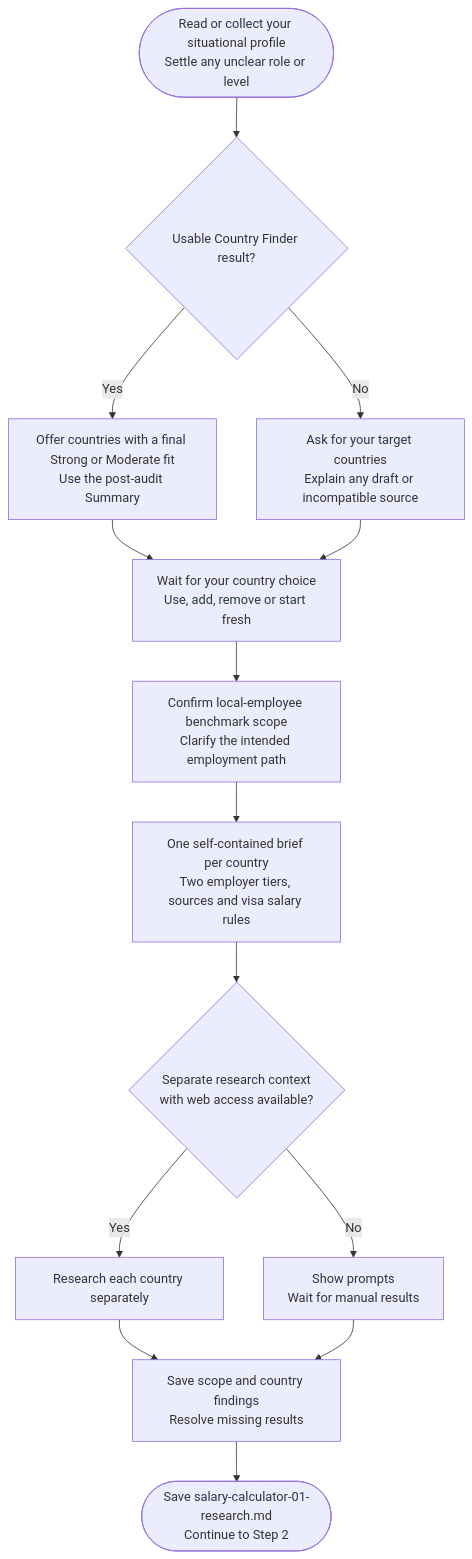
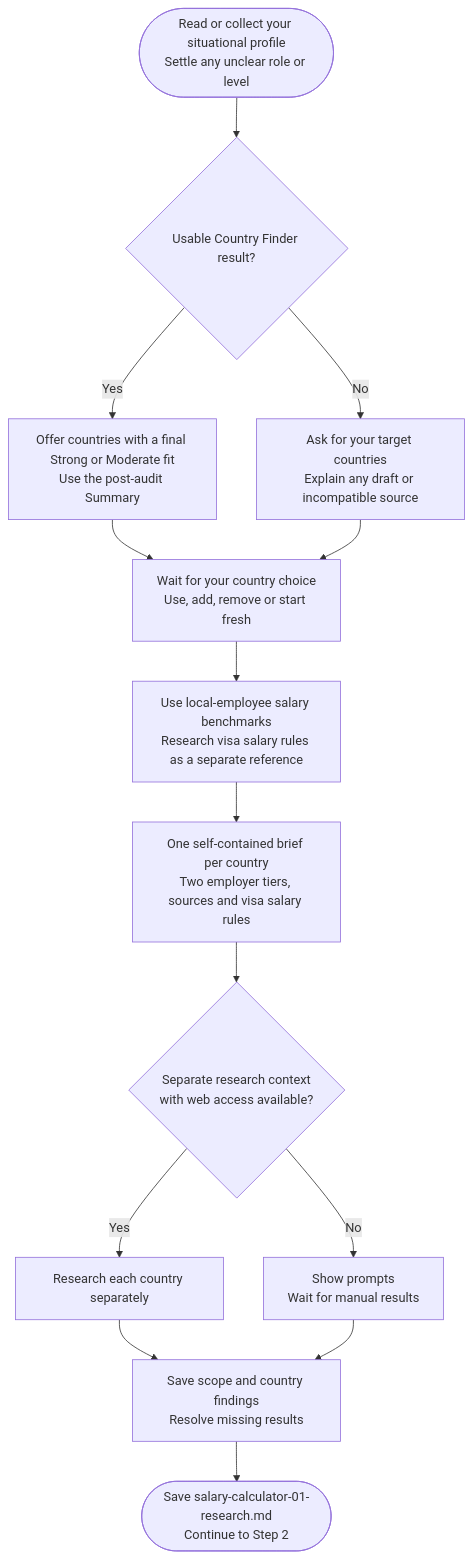
The diagram in docs/commands/salary-calculator/step1-research-prompt-generator.md (myowinthein/agent-compass), drawn with Mermaid before and after one commit. The commit also changed other lines of this file and 5 other files, not shown here.

Commit message:
fix(salary-calculator): remove employment-path scope question

````diff
--- a/docs/commands/salary-calculator/step1-research-prompt-generator.md
+++ b/docs/commands/salary-calculator/step1-research-prompt-generator.md
@@ -14,16 +14,16 @@
 ```mermaid
 flowchart TD
   Start(["Read or collect your situational profile<br/>Settle any unclear role or level"]) --> CF{"Usable Country Finder result?"}
   CF -->|Yes| Offer["Offer countries with a final Strong or Moderate fit<br/>Use the post-audit Summary"]
   CF -->|No| ManualList["Ask for your target countries<br/>Explain any draft or incompatible source"]
   Offer --> Confirm["Wait for your country choice<br/>Use, add, remove or start fresh"]
   ManualList --> Confirm
-  Confirm --> Scope["Confirm local-employee benchmark scope<br/>Clarify the intended employment path"]
+  Confirm --> Scope["Use local-employee salary benchmarks<br/>Research visa salary rules as a separate reference"]
   Scope --> Brief["One self-contained brief per country<br/>Two employer tiers, sources and visa salary rules"]
   Brief --> Cap{"Separate research context<br/>with web access available?"}
   Cap -->|Yes| Tasks["Research each country separately"]
   Cap -->|No| Manual["Show prompts<br/>Wait for manual results"]
   Tasks --> Collect["Save scope and country findings<br/>Resolve missing results"]
   Manual --> Collect
   Collect --> Next(["Save salary-calculator-01-research.md<br/>Continue to Step 2"])
 ```
````
